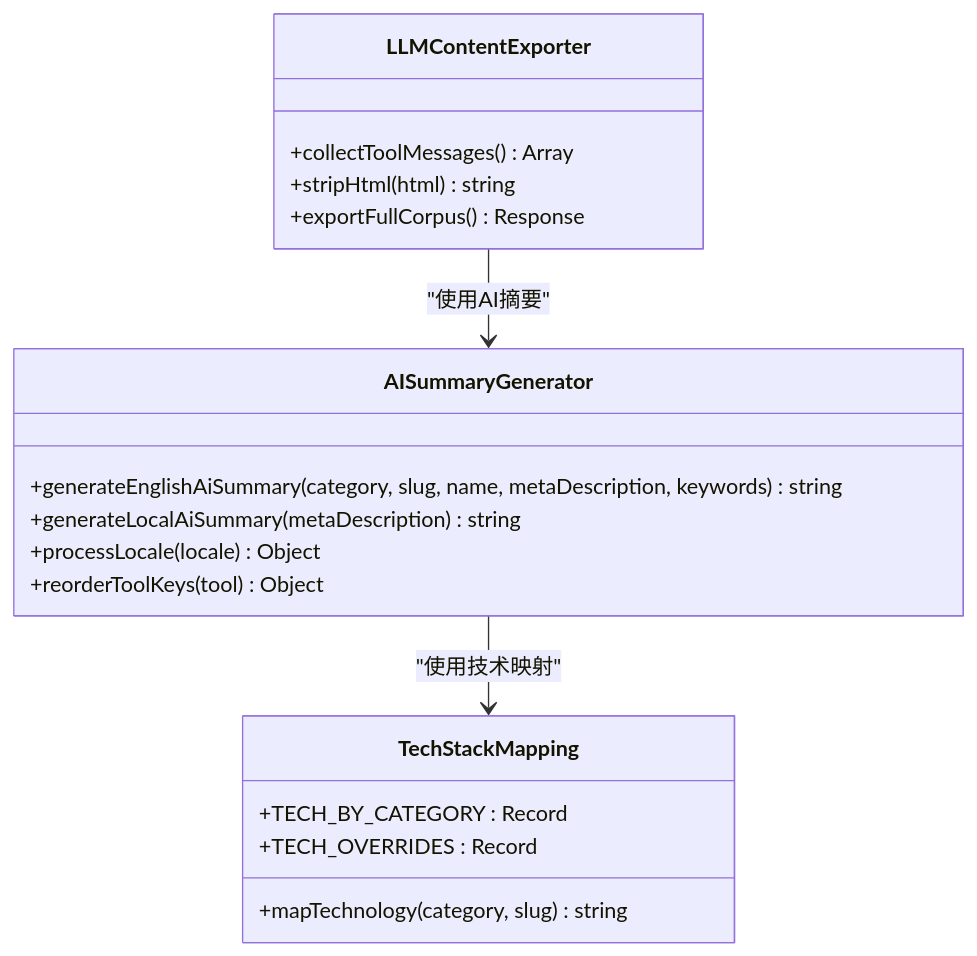
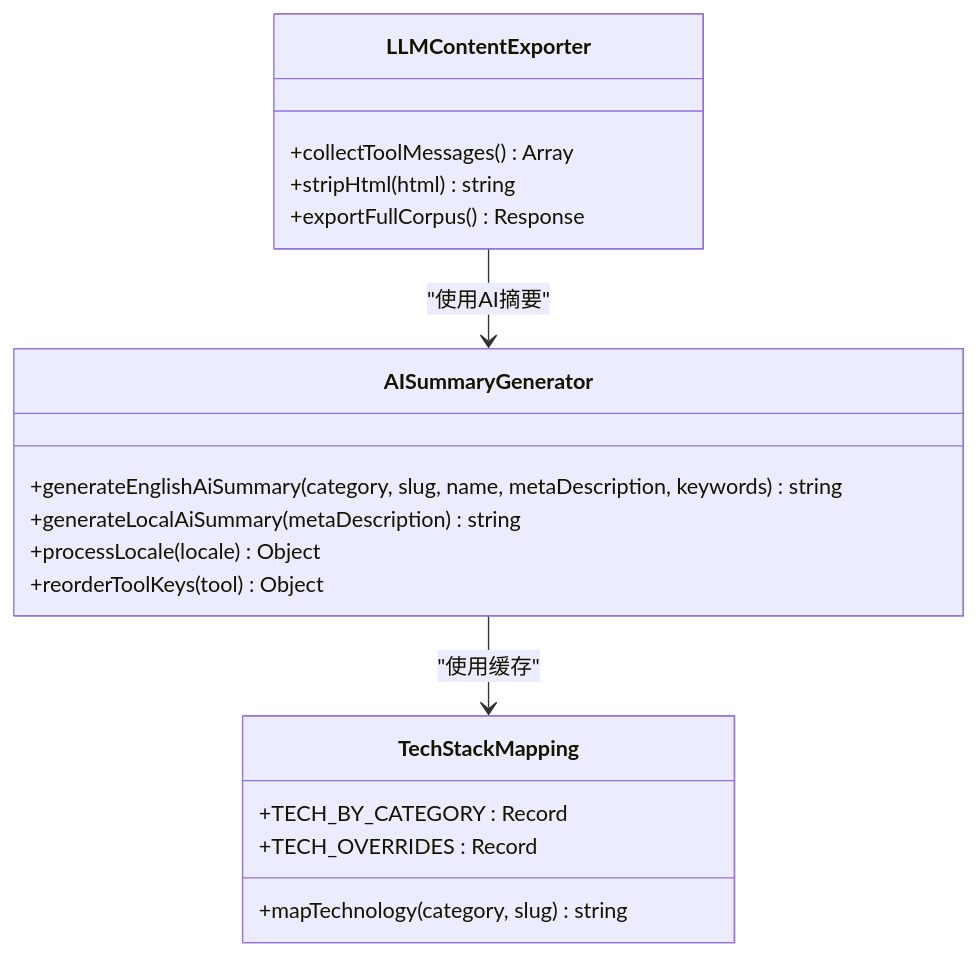
The fourth of 14 diagrams in .qoder/repowiki/zh/content/技术架构/国际化系统.md (sgyy/privadeck), drawn with Mermaid before and after one commit. The commit also changed other lines of this file and 3 other files, not shown here.

````diff
--- a/.qoder/repowiki/zh/content/技术架构/国际化系统.md
+++ b/.qoder/repowiki/zh/content/技术架构/国际化系统.md
@@ -309,21 +314,21 @@
 ```mermaid
 classDiagram
 class AISummaryGenerator {
 +generateEnglishAiSummary(category, slug, name, metaDescription, keywords) string
 +generateLocalAiSummary(metaDescription) string
 +processLocale(locale) Object
 +reorderToolKeys(tool) Object
 }
 class TechStackMapping {
 +TECH_BY_CATEGORY : Record<string, string>
 +TECH_OVERRIDES : Record<string, string>
 +mapTechnology(category, slug) string
 }
 class LLMContentExporter {
 +collectToolMessages() Array
 +stripHtml(html) string
 +exportFullCorpus() Response
 }
-AISummaryGenerator --> TechStackMapping : "使用技术映射"
+AISummaryGenerator --> TechStackMapping : "使用缓存"
 LLMContentExporter --> AISummaryGenerator : "使用AI摘要"
 ```
````
